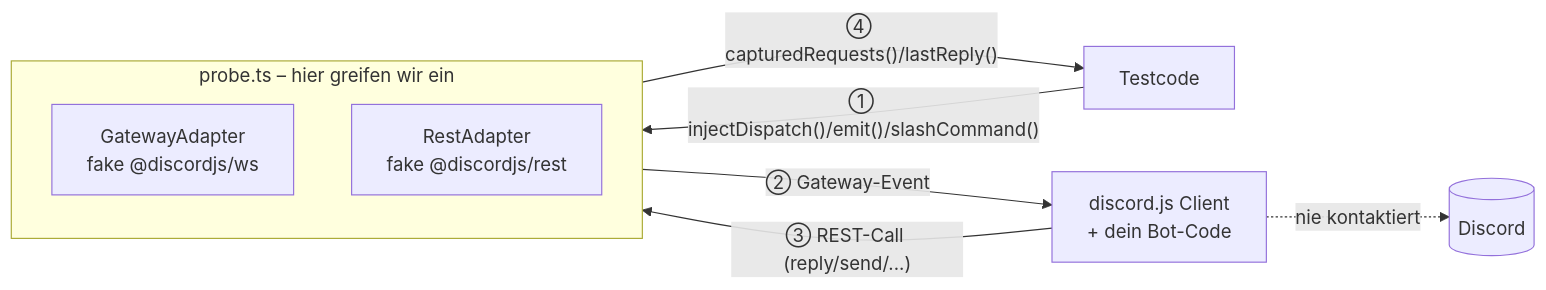
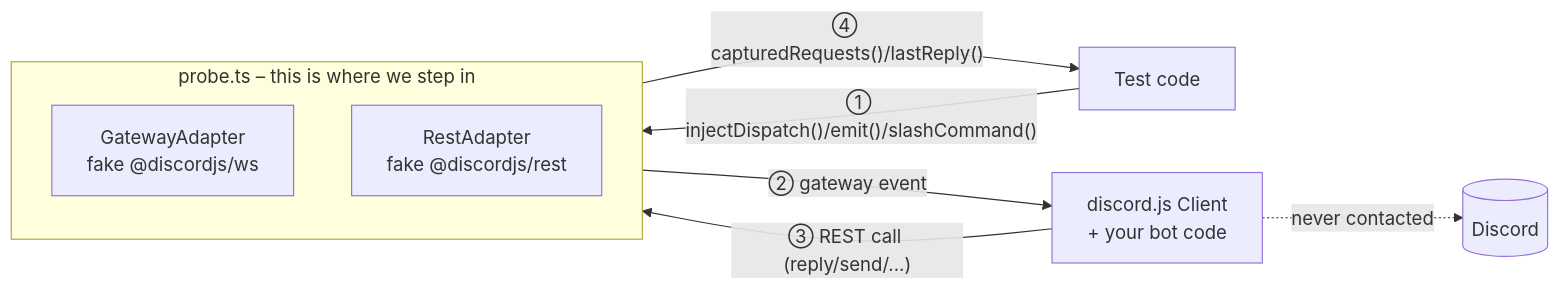
The diagram in src/transport/README.md (GalaxyBotTeam/probe.ts), drawn with Mermaid before and after one commit. The commit also changed other lines of this file and 43 other files, not shown here.

````diff
--- a/src/transport/README.md
+++ b/src/transport/README.md
@@ -6,19 +6,19 @@
 ```mermaid
 flowchart LR
-    Test["Testcode"]
+    Test["Test code"]
 
-    subgraph Probe["probe.ts – hier greifen wir ein"]
+    subgraph Probe["probe.ts – this is where we step in"]
         direction TB
         GA["GatewayAdapter<br/>fake @discordjs/ws"]
         RA["RestAdapter<br/>fake @discordjs/rest"]
     end
 
-    Client["discord.js Client<br/>+ dein Bot-Code"]
+    Client["discord.js Client<br/>+ your bot code"]
     Discord[("Discord")]
 
     Test -->|"① injectDispatch()/emit()/slashCommand()"| GA
-    GA -->|"② Gateway-Event"| Client
-    Client -->|"③ REST-Call (reply/send/...)"| RA
+    GA -->|"② gateway event"| Client
+    Client -->|"③ REST call (reply/send/...)"| RA
     RA -->|"④ capturedRequests()/lastReply()"| Test
-    Client -.->|"nie kontaktiert"| Discord
+    Client -.->|"never contacted"| Discord
 ```
````
